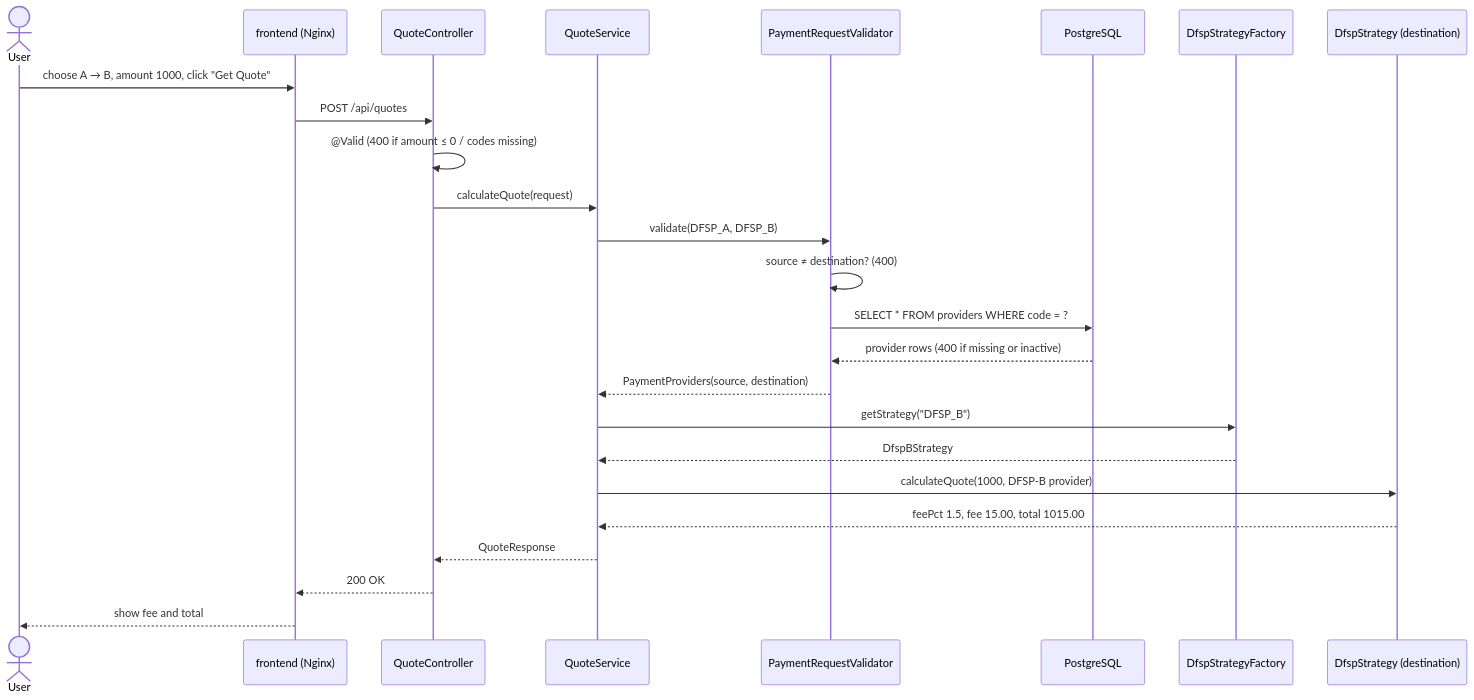
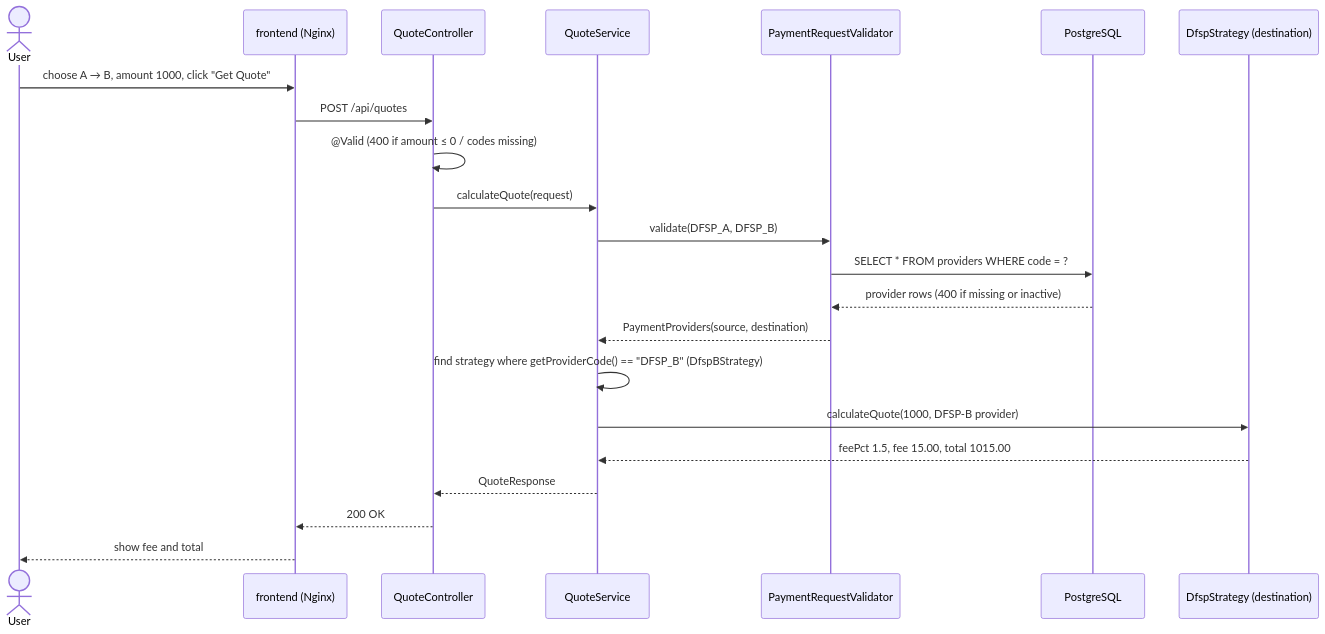
The third of 5 diagrams in docs/ARCHITECTURE.md (ProvaPaul/Mini-Payment-Router-Simulator), drawn with Mermaid before and after one commit. The commit also changed other lines of this file and 14 other files, not shown here.

````diff
--- a/docs/ARCHITECTURE.md
+++ b/docs/ARCHITECTURE.md
@@ -348,28 +362,25 @@
 ```mermaid
 sequenceDiagram
     actor U as User
     participant FE as frontend (Nginx)
     participant QC as QuoteController
     participant QS as QuoteService
     participant PV as PaymentRequestValidator
     participant DB as PostgreSQL
-    participant SF as DfspStrategyFactory
     participant ST as DfspStrategy (destination)
 
     U->>FE: choose A → B, amount 1000, click "Get Quote"
     FE->>QC: POST /api/quotes
     QC->>QC: @Valid (400 if amount ≤ 0 / codes missing)
     QC->>QS: calculateQuote(request)
     QS->>PV: validate(DFSP_A, DFSP_B)
-    PV->>PV: source ≠ destination? (400)
     PV->>DB: SELECT * FROM providers WHERE code = ?
     DB-->>PV: provider rows (400 if missing or inactive)
     PV-->>QS: PaymentProviders(source, destination)
-    QS->>SF: getStrategy("DFSP_B")
-    SF-->>QS: DfspBStrategy
+    QS->>QS: find strategy where getProviderCode() == "DFSP_B" (DfspBStrategy)
     QS->>ST: calculateQuote(1000, DFSP-B provider)
     ST-->>QS: feePct 1.5, fee 15.00, total 1015.00
     QS-->>QC: QuoteResponse
     QC-->>FE: 200 OK
     FE-->>U: show fee and total
 ```
````
